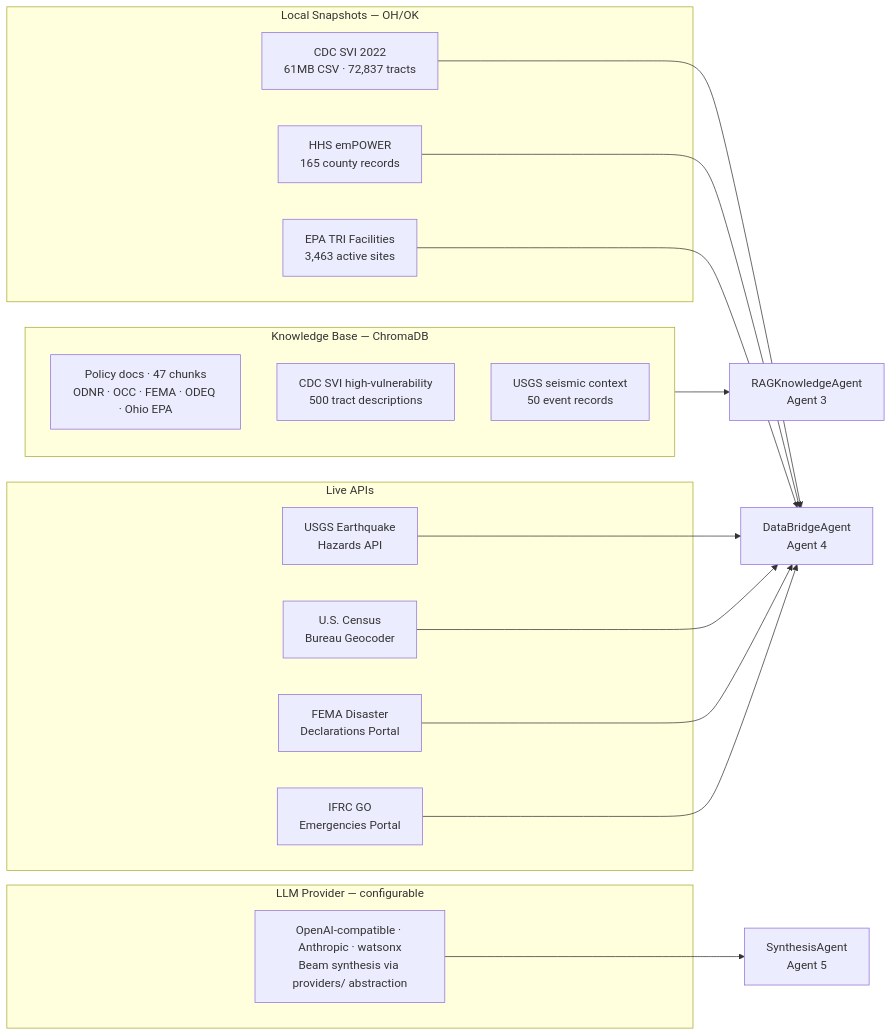
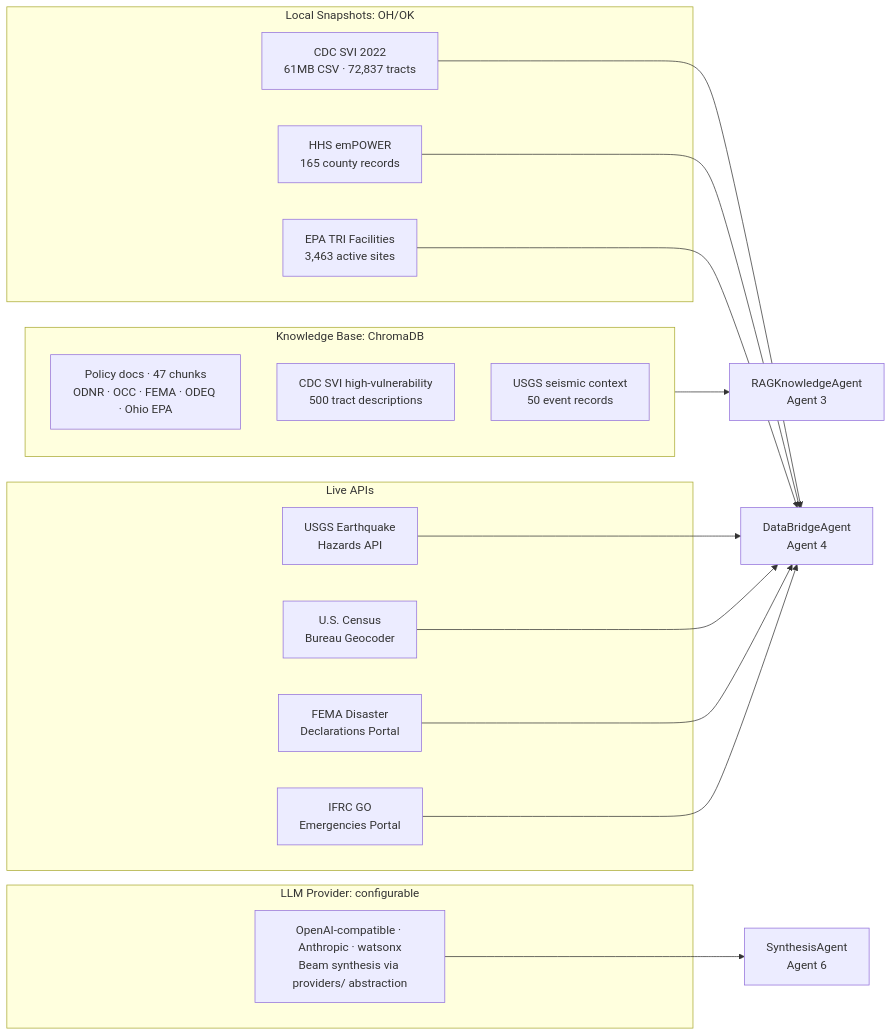
Before and after one commit to sh4wnbk/agentic-knowledge-synthesizer: the second of 2 diagrams in README.md, drawn with Mermaid. The commit also changed other lines of this file and 1 other file, not shown here.

First line of the commit message:
docs: reconcile agent numbering and remove em dashes from README and dashboard

````diff
--- a/README.md
+++ b/README.md
@@ -82,40 +82,40 @@
 ```mermaid
 graph LR
     subgraph Live["Live APIs"]
         USGS["USGS Earthquake\nHazards API"]
         GEO["U.S. Census\nBureau Geocoder"]
         FEMA["FEMA Disaster\nDeclarations Portal"]
         IFRC["IFRC GO\nEmergencies Portal"]
     end
 
-    subgraph Snapshot["Local Snapshots — OH/OK"]
+    subgraph Snapshot["Local Snapshots: OH/OK"]
         SVI["CDC SVI 2022\n61MB CSV · 72,837 tracts"]
         EMP["HHS emPOWER\n165 county records"]
         TRI["EPA TRI Facilities\n3,463 active sites"]
     end
 
-    subgraph KB["Knowledge Base — ChromaDB"]
+    subgraph KB["Knowledge Base: ChromaDB"]
         POL["Policy docs · 47 chunks\nODNR · OCC · FEMA · ODEQ · Ohio EPA"]
         SVI2["CDC SVI high-vulnerability\n500 tract descriptions"]
         USGS2["USGS seismic context\n50 event records"]
     end
 
-    subgraph LLM["LLM Provider — configurable"]
+    subgraph LLM["LLM Provider: configurable"]
         PROV["OpenAI-compatible · Anthropic · watsonx\nBeam synthesis via providers/ abstraction"]
     end
 
     USGS --> DataBridge
     GEO --> DataBridge
     SVI --> DataBridge
     EMP --> DataBridge
     TRI --> DataBridge
     FEMA --> DataBridge
     IFRC --> DataBridge
 
     KB --> RAG
     PROV --> Synthesis
 
     DataBridge["DataBridgeAgent\nAgent 4"]
     RAG["RAGKnowledgeAgent\nAgent 3"]
-    Synthesis["SynthesisAgent\nAgent 5"]
+    Synthesis["SynthesisAgent\nAgent 6"]
 ```
````
